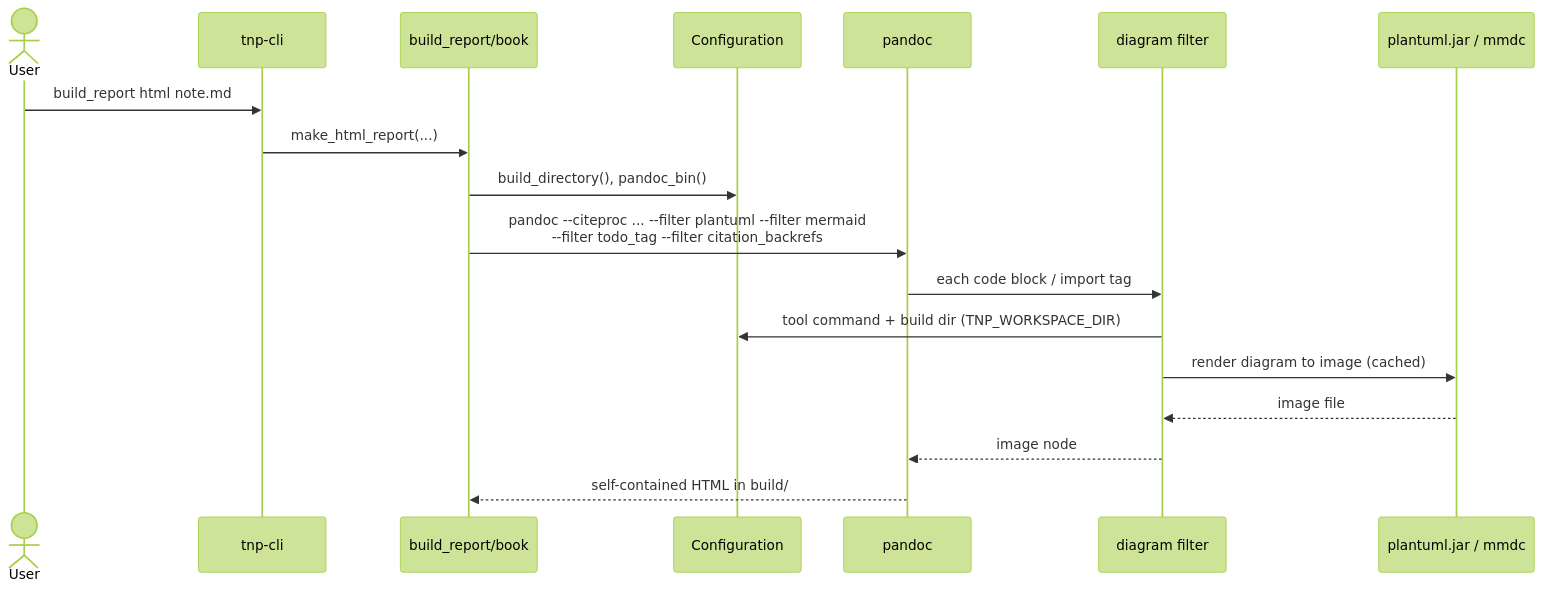
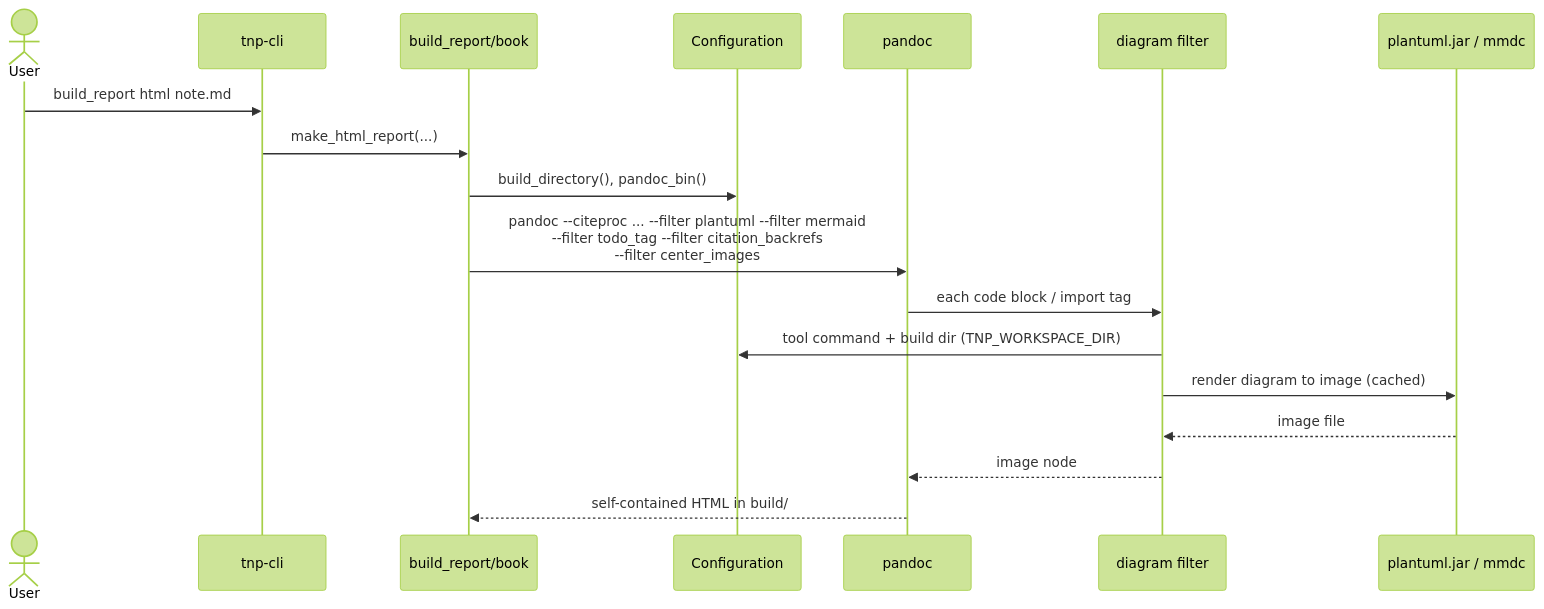
The fourth of 10 diagrams in docs/design.md (dgerod/tnp), drawn with Mermaid (forest theme) before and after one commit. The commit also changed other lines of this file and 14 other files, not shown here.

First line of the commit message:
feat: limit the on-screen height of images and center them

````diff
--- a/docs/design.md
+++ b/docs/design.md
@@ -308,20 +324,20 @@
 ```mermaid
 sequenceDiagram
     actor User
     participant CLI as tnp-cli
     participant OP as build_report/book
     participant CFG as Configuration
     participant PAN as pandoc
     participant FIL as diagram filter
     participant TOOL as plantuml.jar / mmdc
     User->>CLI: build_report html note.md
     CLI->>OP: make_html_report(...)
     OP->>CFG: build_directory(), pandoc_bin()
-    OP->>PAN: pandoc --citeproc ... --filter plantuml --filter mermaid<br>--filter todo_tag --filter citation_backrefs
+    OP->>PAN: pandoc --citeproc ... --filter plantuml --filter mermaid<br>--filter todo_tag --filter citation_backrefs<br>--filter center_images
     PAN->>FIL: each code block / import tag
     FIL->>CFG: tool command + build dir (TNP_WORKSPACE_DIR)
     FIL->>TOOL: render diagram to image (cached)
     TOOL-->>FIL: image file
     FIL-->>PAN: image node
     PAN-->>OP: self-contained HTML in build/
 ```
````
